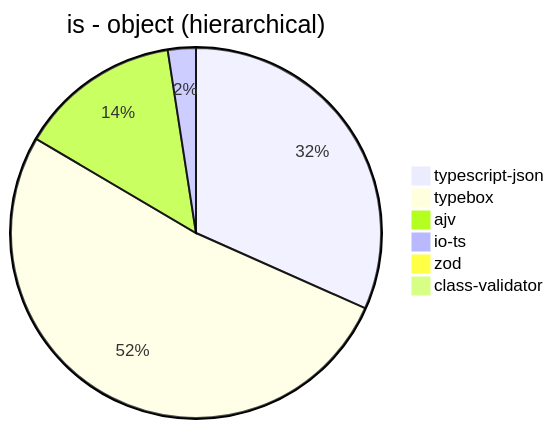
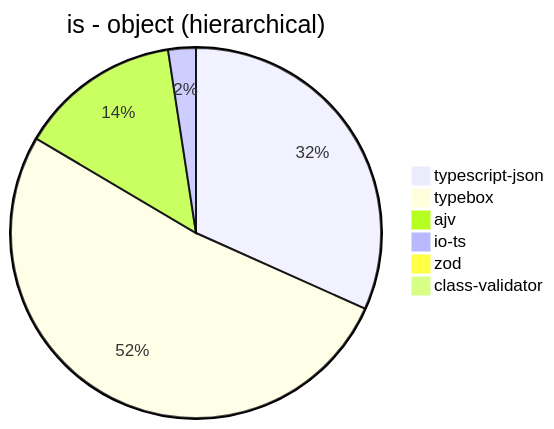
One commit to samchon/typia changed the first of 38 diagrams in benchmark/results/AMD Ryzen 7 5800H with Radeon Graphics.md. Above: the diagram before and after it, drawn with Mermaid. The commit also changed other lines of this file and 189 other files, not shown here.

````diff
--- a/benchmark/results/AMD Ryzen 7 5800H with Radeon Graphics.md
+++ b/benchmark/results/AMD Ryzen 7 5800H with Radeon Graphics.md
@@ -21,9 +21,9 @@
 ```mermaid
 pie title is - object (hierarchical)
-  "typescript-json": 111292.12454212454
-  "typebox": 182121.67159763313
-  "ajv": 49491.52851156859
-  "io-ts": 8601.880310974508
-  "zod": 408.98345153664303
-  "class-validator": 57.29260798843303
+  "typescript-json": 110306.1374494671
+  "typebox": 180245.68885592435
+  "ajv": 49012.13904726871
+  "io-ts": 8414.384811975175
+  "zod": 391.5453915453915
+  "class-validator": 59.48434622467772
 ```
````
